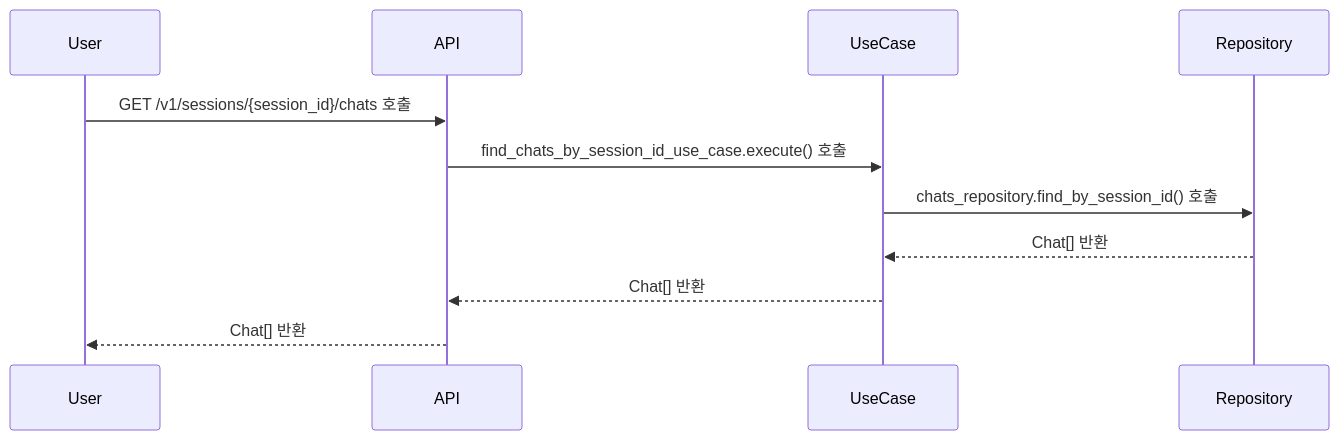
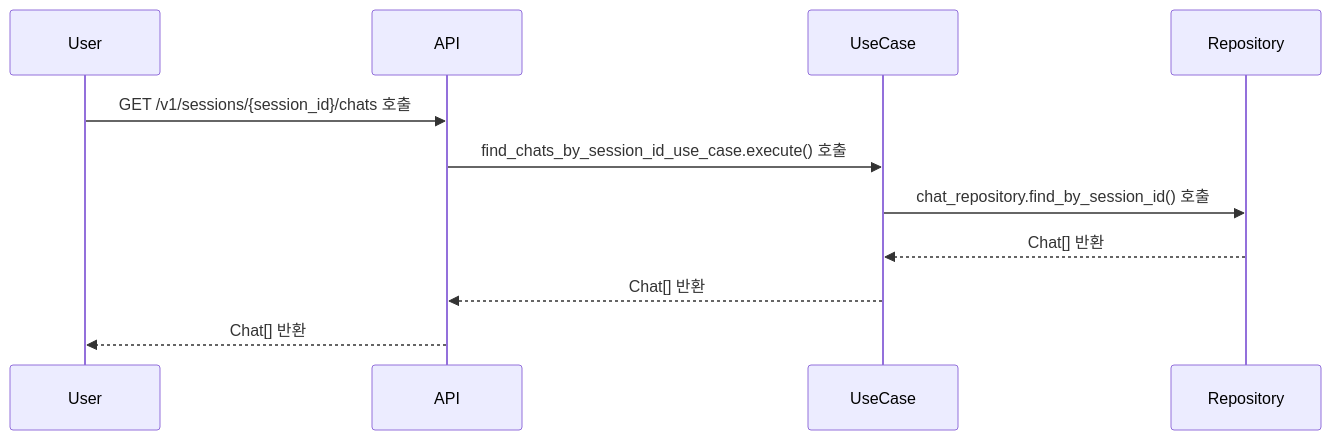
The second of 4 diagrams in README.md (JeHwanYoo/naver-smart-store-rag-chatbot), drawn with Mermaid before and after one commit. The commit also changed other lines of this file, not shown here.

Commit message:
✏️fix(typo): chats_repository -> chat_repository

````diff
--- a/README.md
+++ b/README.md
@@ -214,9 +214,9 @@
 ```mermaid
 sequenceDiagram
     User ->> API: GET /v1/sessions/{session_id}/chats 호출
     API ->> UseCase: find_chats_by_session_id_use_case.execute() 호출
-    UseCase ->> Repository: chats_repository.find_by_session_id() 호출
+    UseCase ->> Repository: chat_repository.find_by_session_id() 호출
     Repository -->> UseCase: Chat[] 반환
     UseCase -->> API: Chat[] 반환
     API -->> User: Chat[] 반환
 ```
````
